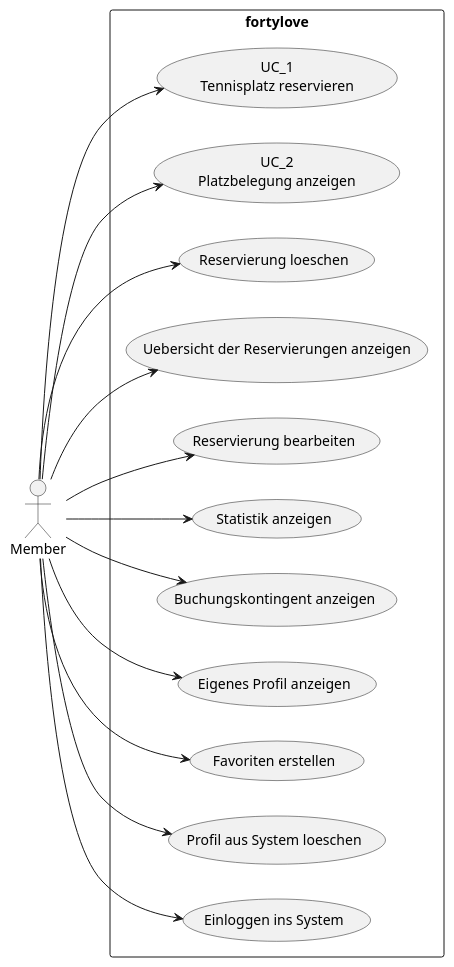
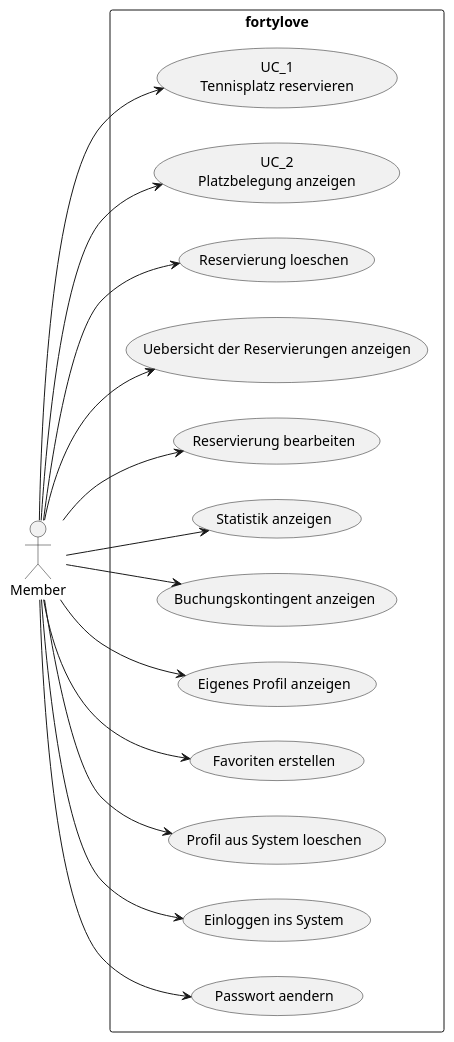
One commit to incrediblybadcoder/fortylove changed the diagram in documents/design/usecases/UseCasesMember.puml. Above: the diagram before and after it, drawn with PlantUML. The commit also changed 4 other files, not shown here.

```diff
--- a/documents/design/usecases/UseCasesMember.puml
+++ b/documents/design/usecases/UseCasesMember.puml
@@ -1,18 +1,19 @@
 @startuml
 left to right direction
 actor "Member" as Actor
 rectangle fortylove {
     Actor --> (UC_1\nTennisplatz reservieren)
     Actor --> (UC_2\nPlatzbelegung anzeigen)
     Actor --> (Reservierung loeschen)
     Actor --> (Uebersicht der Reservierungen anzeigen)
     Actor --> (Reservierung bearbeiten)
     Actor --> (Statistik anzeigen)
     Actor --> (Buchungskontingent anzeigen)
     Actor --> (Eigenes Profil anzeigen)
     Actor --> (Favoriten erstellen)
     Actor --> (Profil aus System loeschen)
     Actor --> (Einloggen ins System)
+    Actor --> (Passwort aendern)
 }
 
 @enduml
```
